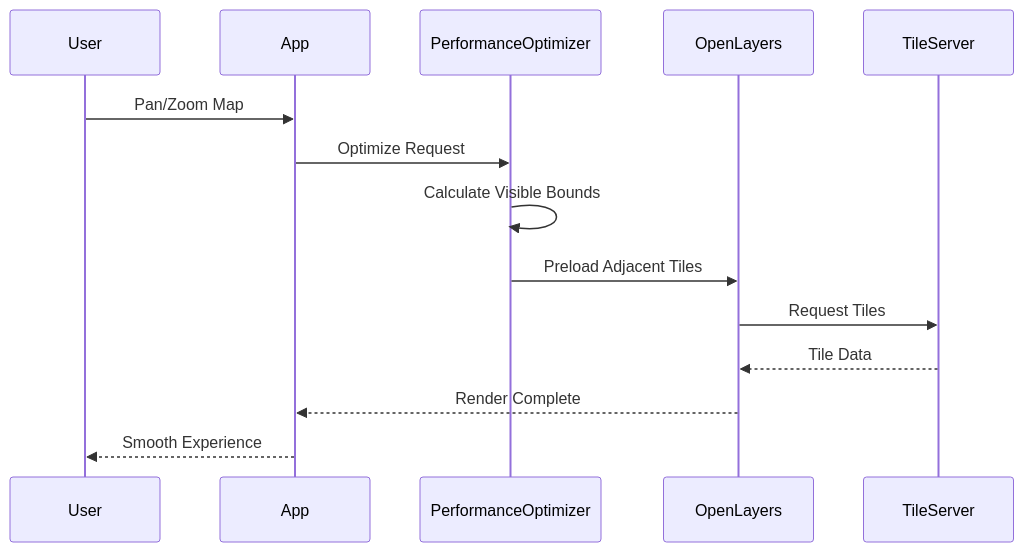
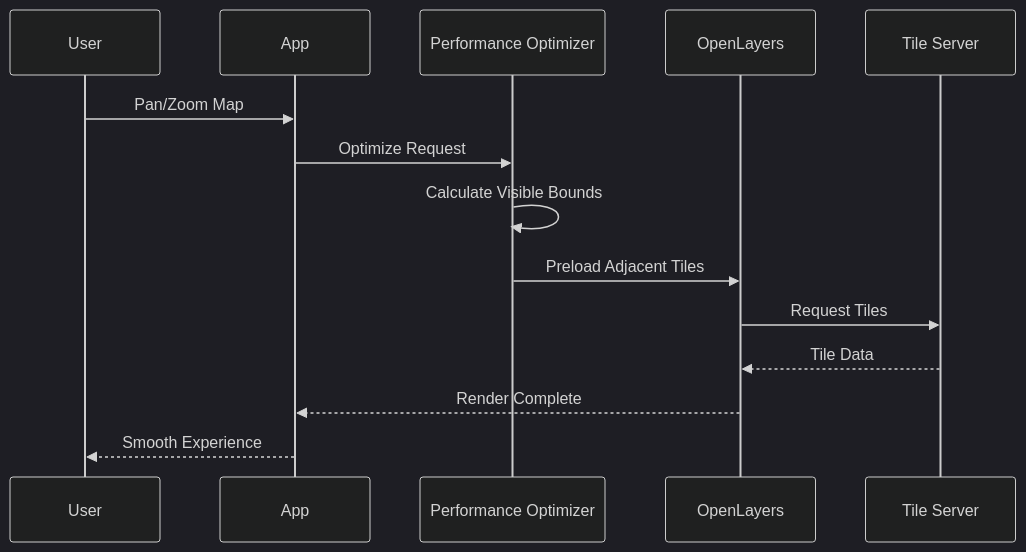
Before and after one commit to hkevin01/Layers-Radar-States-Streets: the fifth of 9 diagrams in README.md, drawn with Mermaid. The commit also changed other lines of this file, not shown here.

Commit message:
refactor: Standardize diagram styles for improved visual consistency

````diff
--- a/README.md
+++ b/README.md
@@ -204,17 +246,18 @@
 ```mermaid
+%%{init: {'theme':'dark'}}%%
 sequenceDiagram
-    participant User
-    participant App
-    participant PerformanceOptimizer
-    participant OpenLayers
-    participant TileServer
+    participant User as User
+    participant App as App
+    participant PerformanceOptimizer as Performance Optimizer
+    participant OpenLayers as OpenLayers
+    participant TileServer as Tile Server
 
     User->>App: Pan/Zoom Map
     App->>PerformanceOptimizer: Optimize Request
     PerformanceOptimizer->>PerformanceOptimizer: Calculate Visible Bounds
     PerformanceOptimizer->>OpenLayers: Preload Adjacent Tiles
     OpenLayers->>TileServer: Request Tiles
     TileServer-->>OpenLayers: Tile Data
     OpenLayers-->>App: Render Complete
     App-->>User: Smooth Experience
 ```
````
